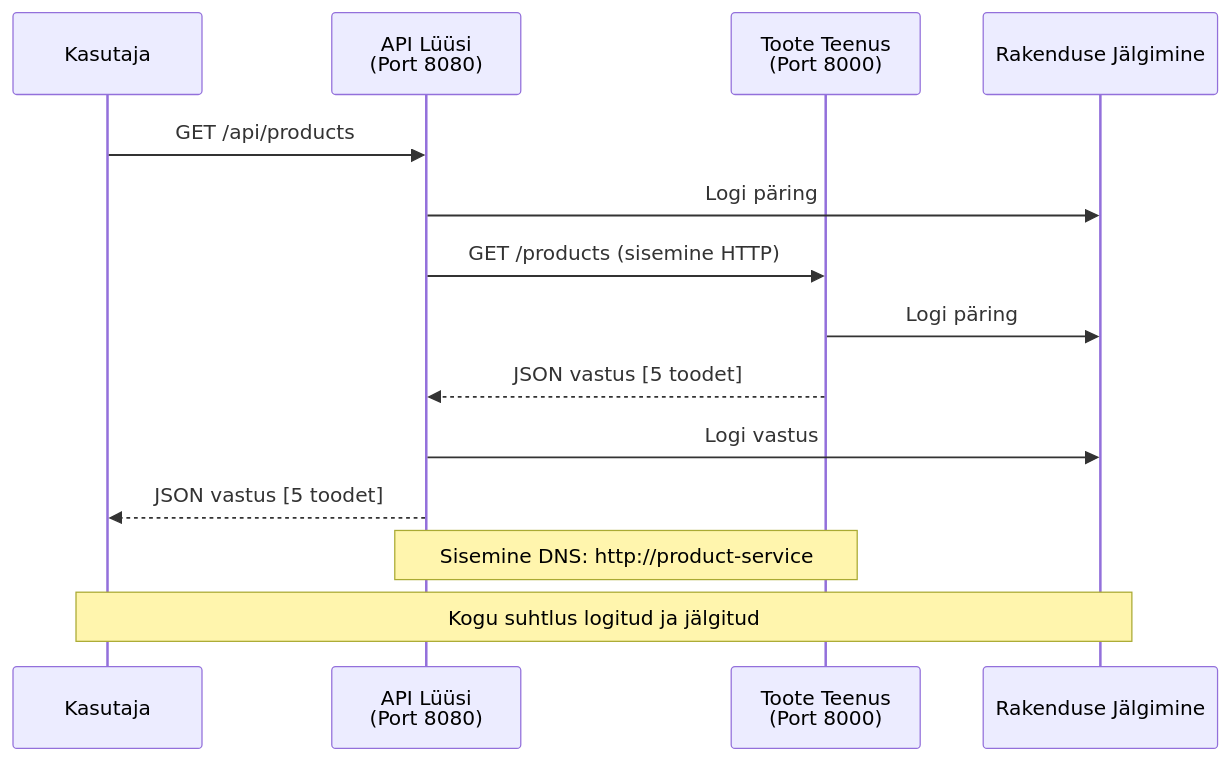
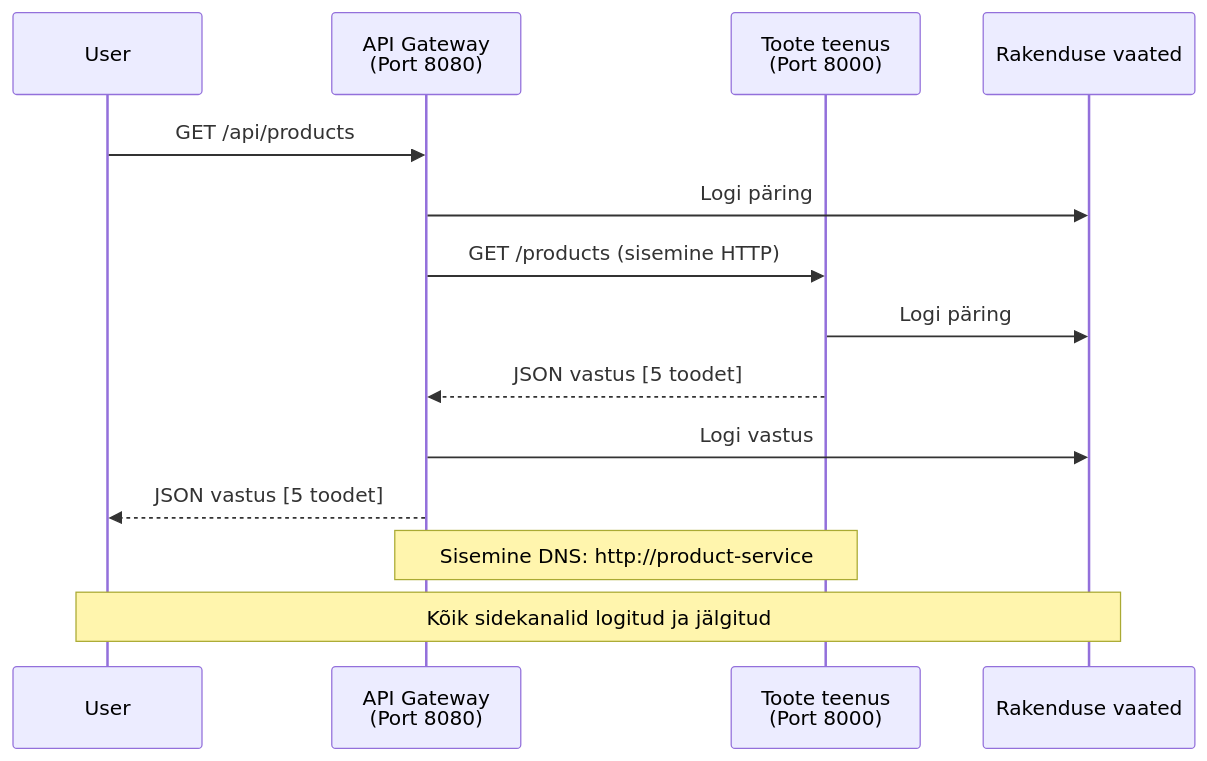
The fourth of 4 diagrams in translations/et/examples/microservices/README.md (microsoft/AZD-for-beginners), drawn with Mermaid before and after one commit. The commit also changed other lines of this file and 245 other files, not shown here.

````diff
--- a/translations/et/examples/microservices/README.md
+++ b/translations/et/examples/microservices/README.md
@@ -432,18 +423,18 @@
 ```mermaid
 sequenceDiagram
-    participant User as Kasutaja
-    participant Gateway as API Lüüsi<br/>(Port 8080)
-    participant Product as Toote Teenus<br/>(Port 8000)
-    participant AI as Rakenduse Jälgimine
+    participant User
+    participant Gateway as API Gateway<br/>(Port 8080)
+    participant Product as Toote teenus<br/>(Port 8000)
+    participant AI as Rakenduse vaated
     
     User->>Gateway: GET /api/products
     Gateway->>AI: Logi päring
     Gateway->>Product: GET /products (sisemine HTTP)
     Product->>AI: Logi päring
     Product-->>Gateway: JSON vastus [5 toodet]
     Gateway->>AI: Logi vastus
     Gateway-->>User: JSON vastus [5 toodet]
     
     Note over Gateway,Product: Sisemine DNS: http://product-service
-    Note over User,AI: Kogu suhtlus logitud ja jälgitud
+    Note over User,AI: Kõik sidekanalid logitud ja jälgitud
 ```
````
